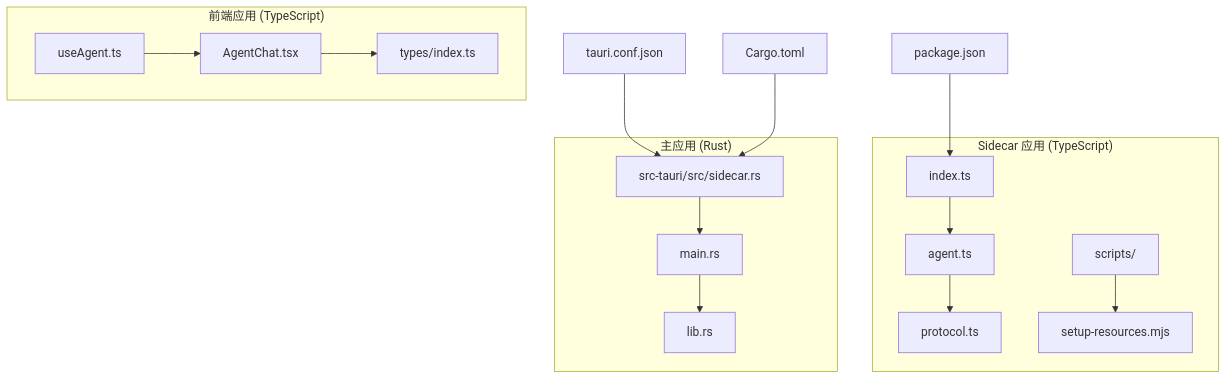
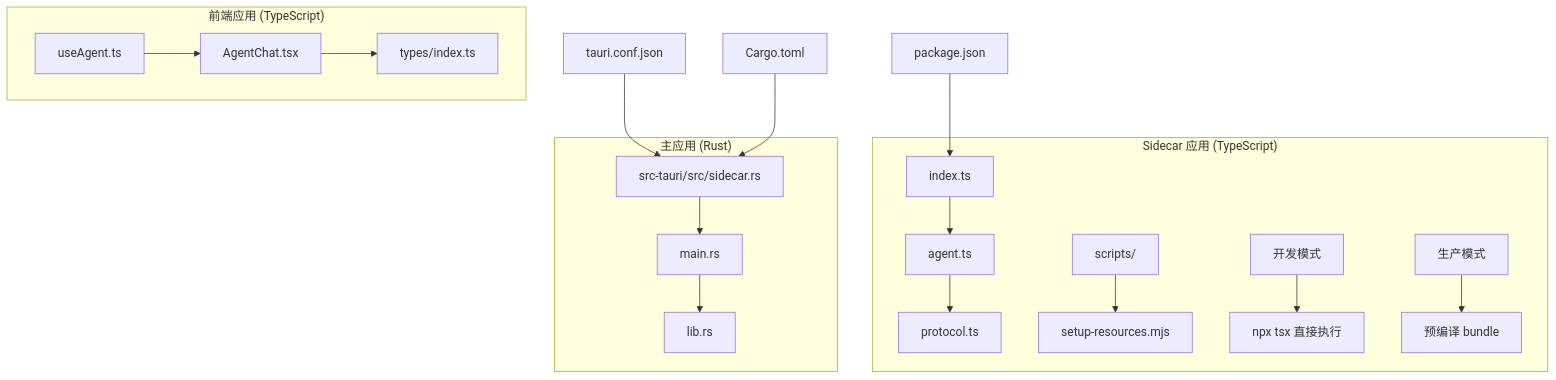
One commit to RabbitAI-Lab/RabbitCoding changed the first of 14 diagrams in .qoder/repowiki/zh/content/Sidecar 进程/Sidecar 进程.md. Above: the diagram before and after it, drawn with Mermaid. The commit also changed other lines of this file and 130 other files, not shown here.

````diff
--- a/.qoder/repowiki/zh/content/Sidecar 进程/Sidecar 进程.md
+++ b/.qoder/repowiki/zh/content/Sidecar 进程/Sidecar 进程.md
@@ -44,19 +56,21 @@
 ```mermaid
 graph TB
 subgraph "Sidecar 应用 (TypeScript)"
 A[index.ts] --> B[agent.ts]
 B --> C[protocol.ts]
 D[scripts/] --> E[setup-resources.mjs]
+F[开发模式] --> G[npx tsx 直接执行]
+H[生产模式] --> I[预编译 bundle]
 end
 subgraph "主应用 (Rust)"
-F[src-tauri/src/sidecar.rs] --> G[main.rs]
-G --> H[lib.rs]
+J[src-tauri/src/sidecar.rs] --> K[main.rs]
+K --> L[lib.rs]
 end
 subgraph "前端应用 (TypeScript)"
-I[useAgent.ts] --> J[AgentChat.tsx]
-J --> K[types/index.ts]
+M[useAgent.ts] --> N[AgentChat.tsx]
+N --> O[types/index.ts]
 end
-L[package.json] --> A
-M[tauri.conf.json] --> F
-N[Cargo.toml] --> F
+P[package.json] --> A
+Q[tauri.conf.json] --> J
+R[Cargo.toml] --> J
 ```
````
